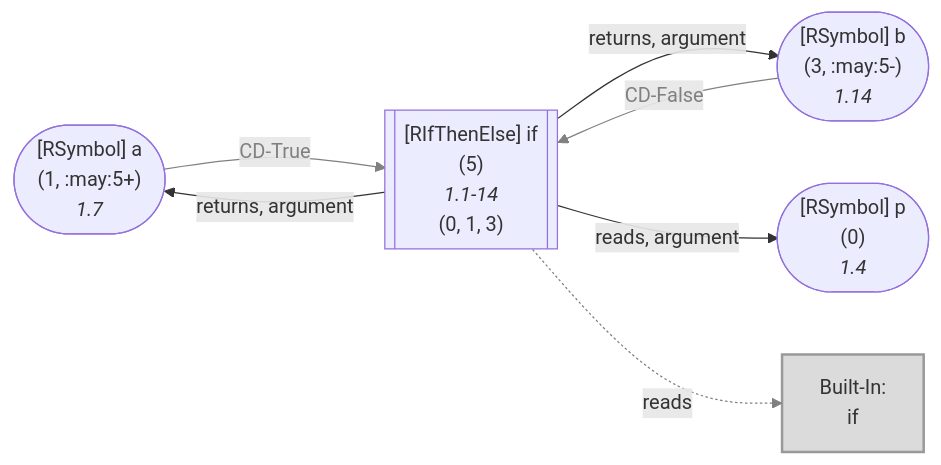
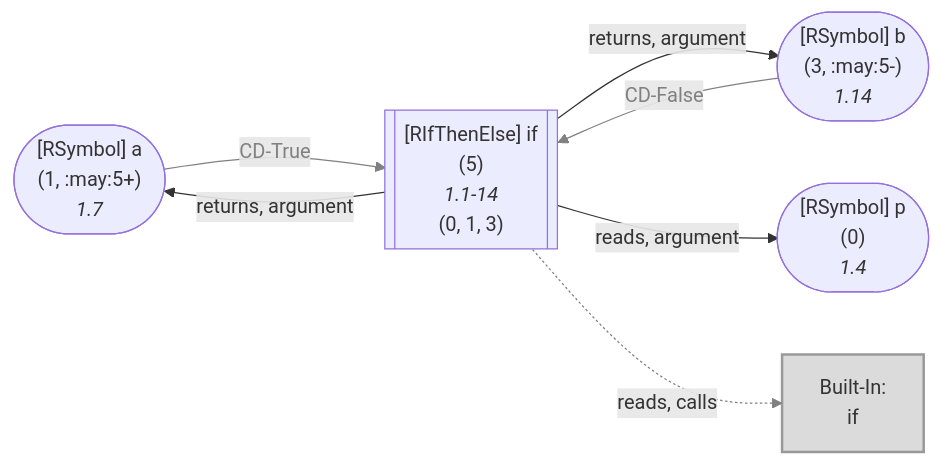
One commit to flowr-analysis/flowr changed diagram 14 of 51 in wiki/Dataflow Graph.md. Above: the diagram before and after it, drawn with Mermaid. The commit also changed other lines of this file and 8 other files, not shown here.

Commit message:
[skip ci] doc: update generated wiki pages (wiki/Capabilities,wiki/Dataflow Graph,wiki/Query API,wiki/Search API,wiki/Engines,wiki/Interface,wiki/Control Flow Graph,wiki/Core,README)

````diff
--- a/wiki/Dataflow Graph.md
+++ b/wiki/Dataflow Graph.md
@@ -2355,28 +2355,28 @@
 ```mermaid
 flowchart LR
     0(["`#91;RSymbol#93; p
       (0)
       *1.4*`"])
     1(["`#91;RSymbol#93; a
       (1, :may:5+)
       *1.7*`"])
     3(["`#91;RSymbol#93; b
       (3, :may:5-)
       *1.14*`"])
     5[["`#91;RIfThenElse#93; if
       (5)
       *1.1-14*
     (0, 1, 3)`"]]
     built-in:if["`Built-In:
 if`"]
     style built-in:if stroke:gray,fill:lightgray,stroke-width:2px,opacity:.8;
     1 -->|"CD-True"| 5
     linkStyle 0 stroke:gray,color:gray;
     3 -->|"CD-False"| 5
     linkStyle 1 stroke:gray,color:gray;
     5 -->|"returns, argument"| 1
     5 -->|"returns, argument"| 3
     5 -->|"reads, argument"| 0
-    5 -.->|"reads"| built-in:if
+    5 -.->|"reads, calls"| built-in:if
     linkStyle 5 stroke:gray;
 ```
````
